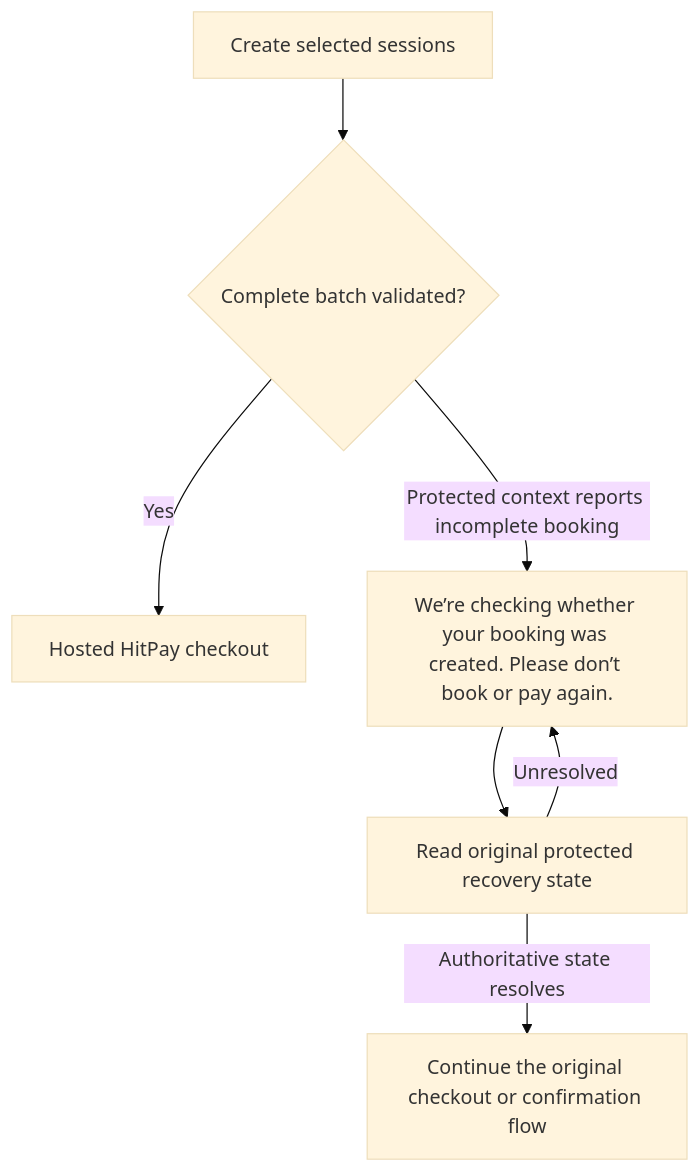
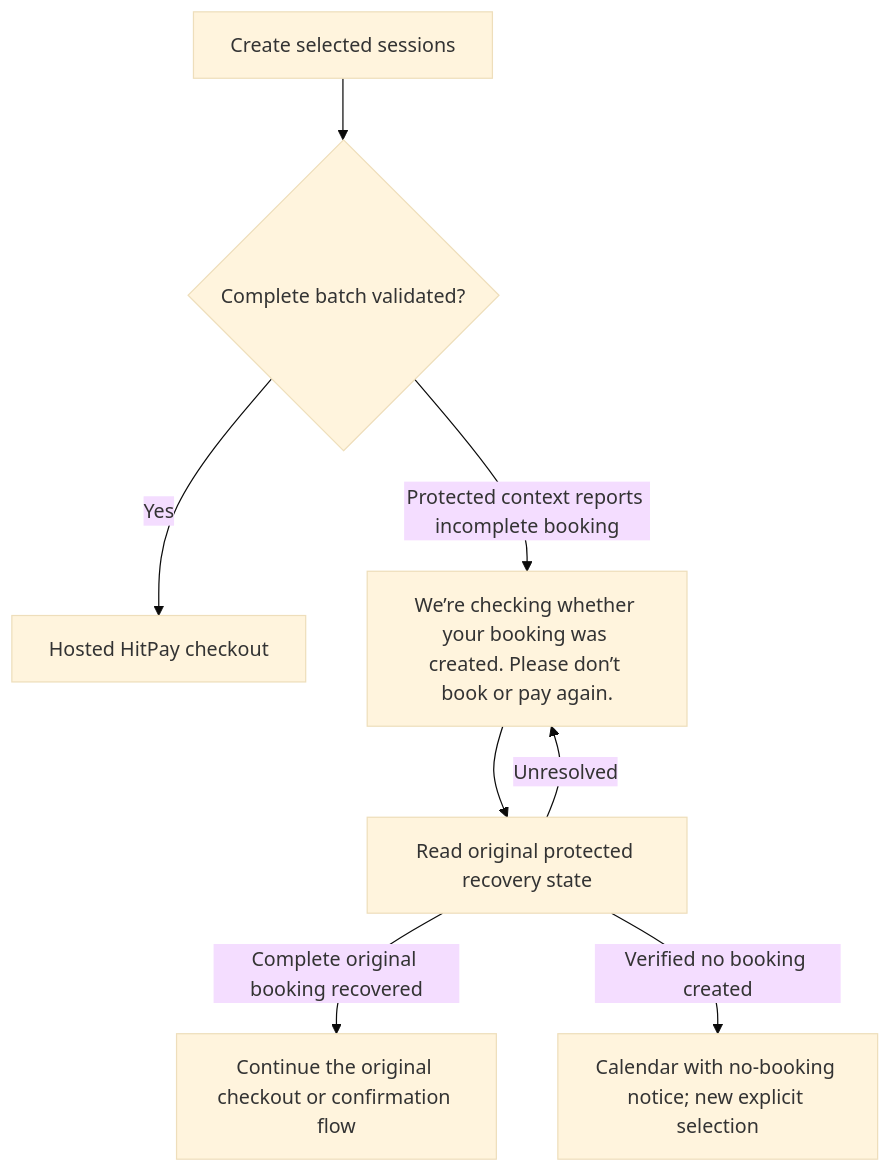
The seventh of 19 diagrams in docs/booking-flows.md (soccerbotstudiosg/soccerbotstudioSG), drawn with Mermaid (base theme) before and after one commit. The commit also changed other lines of this file and 63 other files, not shown here.

````diff
--- a/docs/booking-flows.md
+++ b/docs/booking-flows.md
@@ -123,9 +128,10 @@
 ```mermaid
 flowchart TD
   A["Create selected sessions"] --> B{"Complete batch validated?"}
   B -->|Yes| C["Hosted HitPay checkout"]
   B -->|Protected context reports incomplete booking| D["We’re checking whether your booking was created. Please don’t book or pay again."]
   D --> E["Read original protected recovery state"]
   E -->|Unresolved| D
-  E -->|Authoritative state resolves| F["Continue the original checkout or confirmation flow"]
+  E -->|Complete original booking recovered| F["Continue the original checkout or confirmation flow"]
+  E -->|Verified no booking created| G["Calendar with no-booking notice; new explicit selection"]
 ```
````
